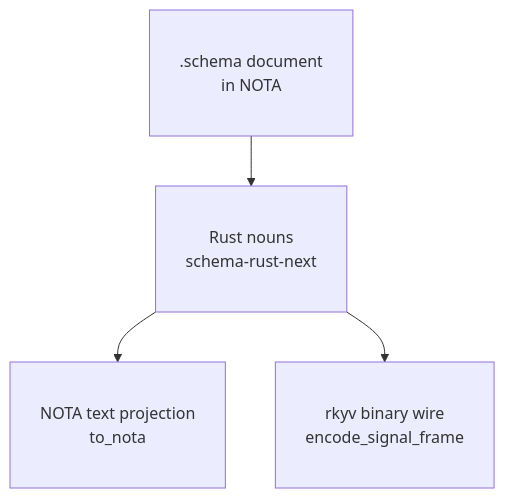
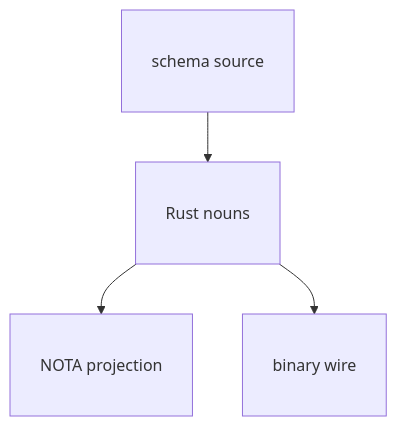
One commit to LiGoldragon/primary changed the third of 14 diagrams in skills/mermaid.md. Above: the diagram before and after it, drawn with Mermaid. The commit also changed other lines of this file and 1 other file, not shown here.

Commit message:
operator: report macro library nota types

````diff
--- a/skills/mermaid.md
+++ b/skills/mermaid.md
@@ -128,11 +164,11 @@
 ```mermaid
 flowchart TB
-    schema[".schema document<br/>in NOTA"]:::roomy
-    rust["Rust nouns<br/>schema-rust-next"]:::roomy
-    text["NOTA text projection<br/>to_nota"]:::roomy
-    wire["rkyv binary wire<br/>encode_signal_frame"]:::roomy
+    schema["schema source"]:::roomy
+    rust["Rust nouns"]:::roomy
+    text["NOTA projection"]:::roomy
+    wire["binary wire"]:::roomy
     schema --> rust
     rust --> text
     rust --> wire
     classDef roomy padding:18px;
 ```
````
